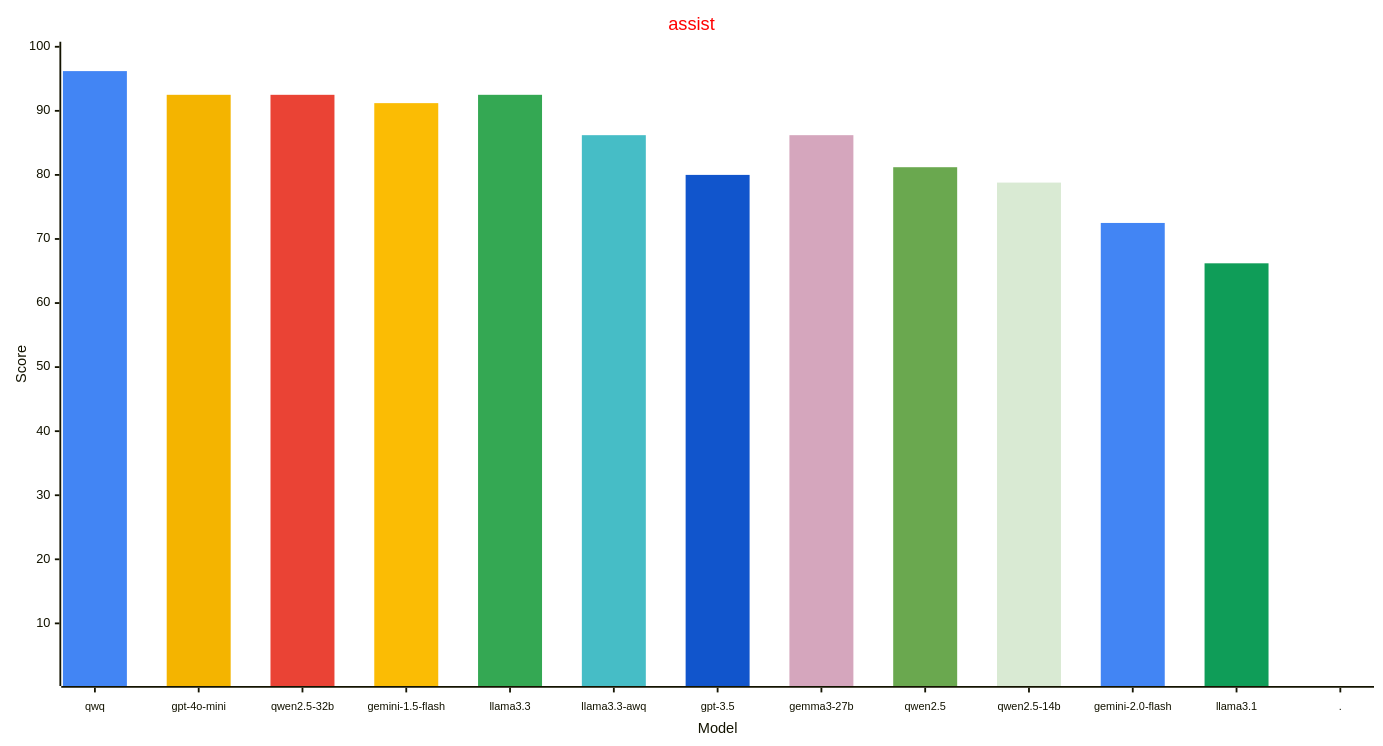
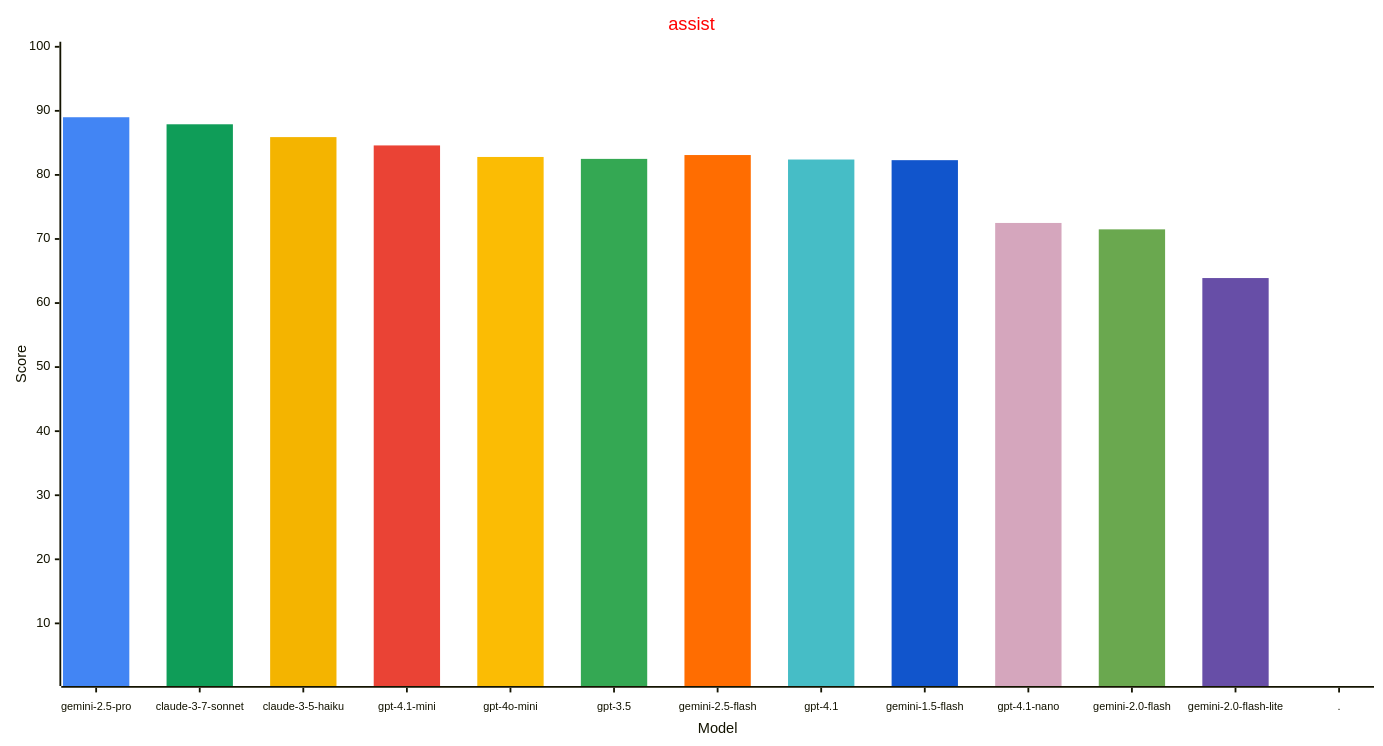
Before and after one commit to allenporter/home-assistant-datasets: the first of 3 diagrams in reports/README.md, drawn with Mermaid. The commit also changed other lines of this file and 1 other file, not shown here.

````diff
--- a/reports/README.md
+++ b/reports/README.md
@@ -48,33 +39,33 @@
 ```mermaid
 ---
 config:
     xyChart:
         width: 1500
         height: 800
         xAxis:
           labelFontSize: 12
           labelPadding: 8
     themeVariables:
         xyChart:
             titleColor: "#ff0000"
-            plotColorPalette: "#4285f4, #f4b400, #ea4335, #fbbc04, #34a853, #46bdc6, #1155cc, #d5a6bd, #6aa84f, #d9ead3, #4285f4, #0f9d58, #4285f4"
+            plotColorPalette: "#4285f4, #0f9d58, #f4b400, #ea4335, #fbbc04, #34a853, #ff6d01, #46bdc6, #1155cc, #d5a6bd, #6aa84f, #674ea7, #4285f4"
 
 ---
 xychart-beta
   title "assist"
-  x-axis "Model" [qwq, gpt-4o-mini, qwen2.5-32b, gemini-1.5-flash, llama3.3, llama3.3-awq, gpt-3.5, gemma3-27b, qwen2.5, qwen2.5-14b, gemini-2.0-flash, llama3.1, .]
+  x-axis "Model" [gemini-2.5-pro, claude-3-7-sonnet, claude-3-5-haiku, gpt-4.1-mini, gpt-4o-mini, gpt-3.5, gemini-2.5-flash, gpt-4.1, gemini-1.5-flash, gpt-4.1-nano, gemini-2.0-flash, gemini-2.0-flash-lite, .]
   y-axis "Score" 1 --> 100
-  bar [96.2, 0.0, 0.0, 0.0, 0.0, 0.0, 0.0, 0.0, 0.0, 0.0, 0.0, 0.0, 0.0]
-  bar [0.0, 92.5, 0.0, 0.0, 0.0, 0.0, 0.0, 0.0, 0.0, 0.0, 0.0, 0.0, 0.0]
-  bar [0.0, 0.0, 92.5, 0.0, 0.0, 0.0, 0.0, 0.0, 0.0, 0.0, 0.0, 0.0, 0.0]
-  bar [0.0, 0.0, 0.0, 91.2, 0.0, 0.0, 0.0, 0.0, 0.0, 0.0, 0.0, 0.0, 0.0]
-  bar [0.0, 0.0, 0.0, 0.0, 92.5, 0.0, 0.0, 0.0, 0.0, 0.0, 0.0, 0.0, 0.0]
-  bar [0.0, 0.0, 0.0, 0.0, 0.0, 86.2, 0.0, 0.0, 0.0, 0.0, 0.0, 0.0, 0.0]
-  bar [0.0, 0.0, 0.0, 0.0, 0.0, 0.0, 80.0, 0.0, 0.0, 0.0, 0.0, 0.0, 0.0]
-  bar [0.0, 0.0, 0.0, 0.0, 0.0, 0.0, 0.0, 86.2, 0.0, 0.0, 0.0, 0.0, 0.0]
-  bar [0.0, 0.0, 0.0, 0.0, 0.0, 0.0, 0.0, 0.0, 81.2, 0.0, 0.0, 0.0, 0.0]
-  bar [0.0, 0.0, 0.0, 0.0, 0.0, 0.0, 0.0, 0.0, 0.0, 78.8, 0.0, 0.0, 0.0]
-  bar [0.0, 0.0, 0.0, 0.0, 0.0, 0.0, 0.0, 0.0, 0.0, 0.0, 72.5, 0.0, 0.0]
-  bar [0.0, 0.0, 0.0, 0.0, 0.0, 0.0, 0.0, 0.0, 0.0, 0.0, 0.0, 66.2, 0.0]
+  bar [89.0, 0.0, 0.0, 0.0, 0.0, 0.0, 0.0, 0.0, 0.0, 0.0, 0.0, 0.0, 0.0]
+  bar [0.0, 87.9, 0.0, 0.0, 0.0, 0.0, 0.0, 0.0, 0.0, 0.0, 0.0, 0.0, 0.0]
+  bar [0.0, 0.0, 85.9, 0.0, 0.0, 0.0, 0.0, 0.0, 0.0, 0.0, 0.0, 0.0, 0.0]
+  bar [0.0, 0.0, 0.0, 84.6, 0.0, 0.0, 0.0, 0.0, 0.0, 0.0, 0.0, 0.0, 0.0]
+  bar [0.0, 0.0, 0.0, 0.0, 82.8, 0.0, 0.0, 0.0, 0.0, 0.0, 0.0, 0.0, 0.0]
+  bar [0.0, 0.0, 0.0, 0.0, 0.0, 82.5, 0.0, 0.0, 0.0, 0.0, 0.0, 0.0, 0.0]
+  bar [0.0, 0.0, 0.0, 0.0, 0.0, 0.0, 83.1, 0.0, 0.0, 0.0, 0.0, 0.0, 0.0]
+  bar [0.0, 0.0, 0.0, 0.0, 0.0, 0.0, 0.0, 82.4, 0.0, 0.0, 0.0, 0.0, 0.0]
+  bar [0.0, 0.0, 0.0, 0.0, 0.0, 0.0, 0.0, 0.0, 82.3, 0.0, 0.0, 0.0, 0.0]
+  bar [0.0, 0.0, 0.0, 0.0, 0.0, 0.0, 0.0, 0.0, 0.0, 72.5, 0.0, 0.0, 0.0]
+  bar [0.0, 0.0, 0.0, 0.0, 0.0, 0.0, 0.0, 0.0, 0.0, 0.0, 71.5, 0.0, 0.0]
+  bar [0.0, 0.0, 0.0, 0.0, 0.0, 0.0, 0.0, 0.0, 0.0, 0.0, 0.0, 63.9, 0.0]
   bar [0.0, 0.0, 0.0, 0.0, 0.0, 0.0, 0.0, 0.0, 0.0, 0.0, 0.0, 0.0, -1.0]
 ```
````
